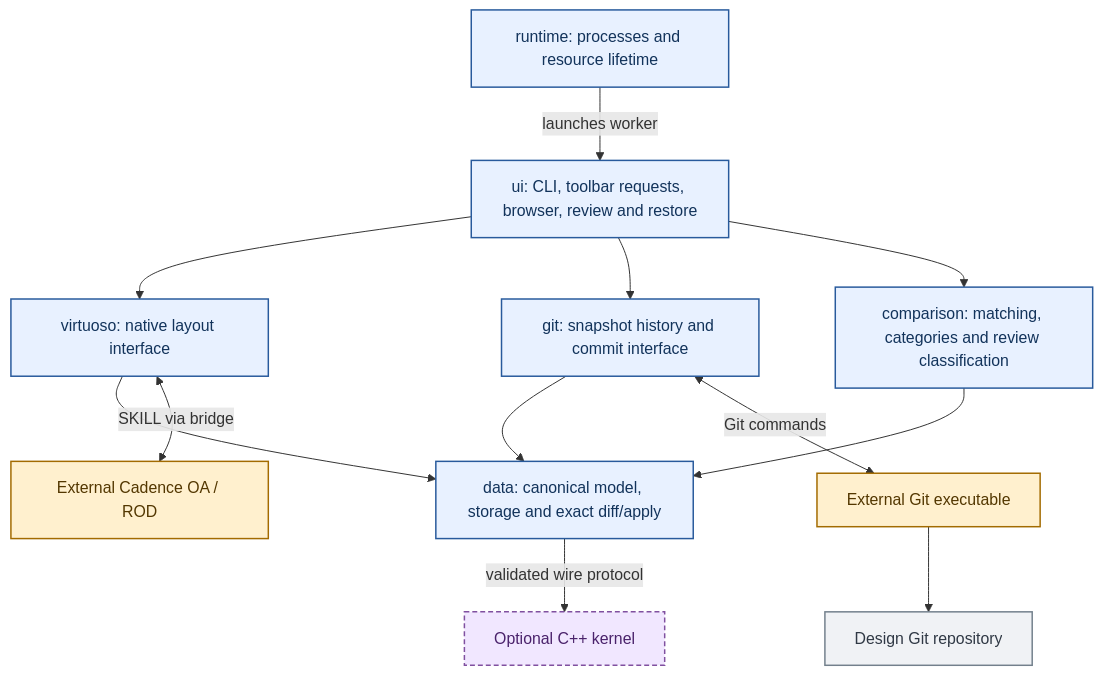
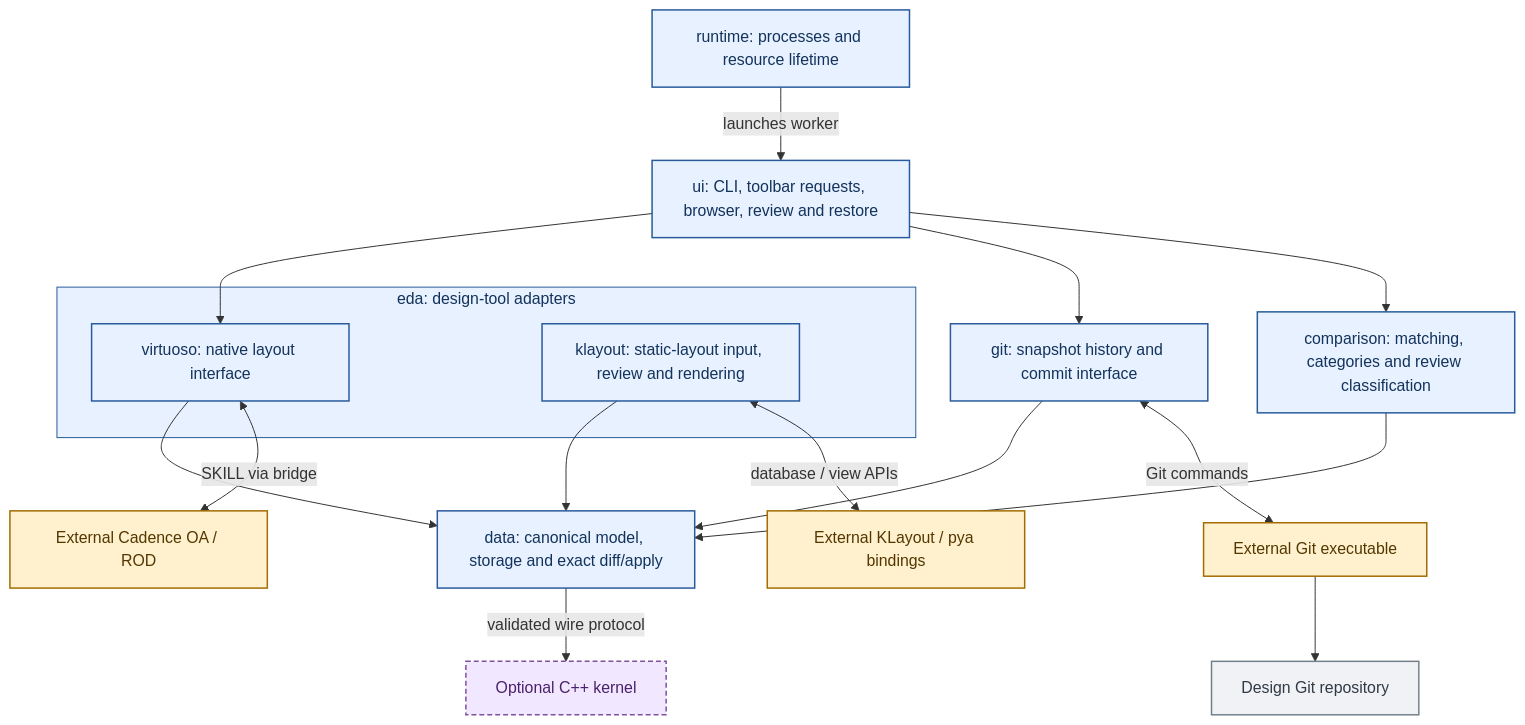
One commit to nekomona/analog-layout-diff changed the first of 3 diagrams in docs/architecture/PROGRAM_STRUCTURE.md. Above: the diagram before and after it, drawn with Mermaid. The commit also changed other lines of this file and 104 other files, not shown here.

First line of the commit message:
refactor(eda): group Virtuoso and KLayout adapters

````diff
--- a/docs/architecture/PROGRAM_STRUCTURE.md
+++ b/docs/architecture/PROGRAM_STRUCTURE.md
@@ -27,32 +27,39 @@
 ```mermaid
 flowchart TB
     RT["runtime: processes and resource lifetime"]
     UI["ui: CLI, toolbar requests, browser, review and restore"]
-    VI["virtuoso: native layout interface"]
+    subgraph EDA["eda: design-tool adapters"]
+        VI["virtuoso: native layout interface"]
+        KL["klayout: static-layout input, review and rendering"]
+    end
     GI["git: snapshot history and commit interface"]
     CP["comparison: matching, categories and review classification"]
     DT["data: canonical model, storage and exact diff/apply"]
     OA["External Cadence OA / ROD"]
+    KB["External KLayout / pya bindings"]
     GITCLI["External Git executable"]
     GIT["Design Git repository"]
     CPP["Optional C++ kernel"]
     RT -->|"launches worker"| UI
     UI --> VI
     UI --> GI
     UI --> CP
     VI --> DT
+    KL --> DT
     GI --> DT
     CP --> DT
     VI <-->|"SKILL via bridge"| OA
+    KL <-->|"database / view APIs"| KB
     GI <-->|"Git commands"| GITCLI
     GITCLI --> GIT
     DT -->|"validated wire protocol"| CPP
     classDef program fill:#e8f1ff,stroke:#285a9c,color:#12335b,stroke-width:1.5px
     classDef external fill:#fff0ce,stroke:#a36b00,color:#533700,stroke-width:1.5px
     classDef optional fill:#f1e7ff,stroke:#8050a0,color:#4a226b,stroke-width:1.5px,stroke-dasharray:5 3
     classDef artifact fill:#f0f2f5,stroke:#73808c,color:#303945,stroke-width:1.5px
-    class RT,UI,VI,GI,CP,DT program
-    class OA,GITCLI external
+    class RT,UI,VI,KL,GI,CP,DT program
+    class OA,KB,GITCLI external
+    style EDA fill:#e8f1ff,stroke:#285a9c,color:#12335b
     class CPP optional
     class GIT artifact
 ```
````
